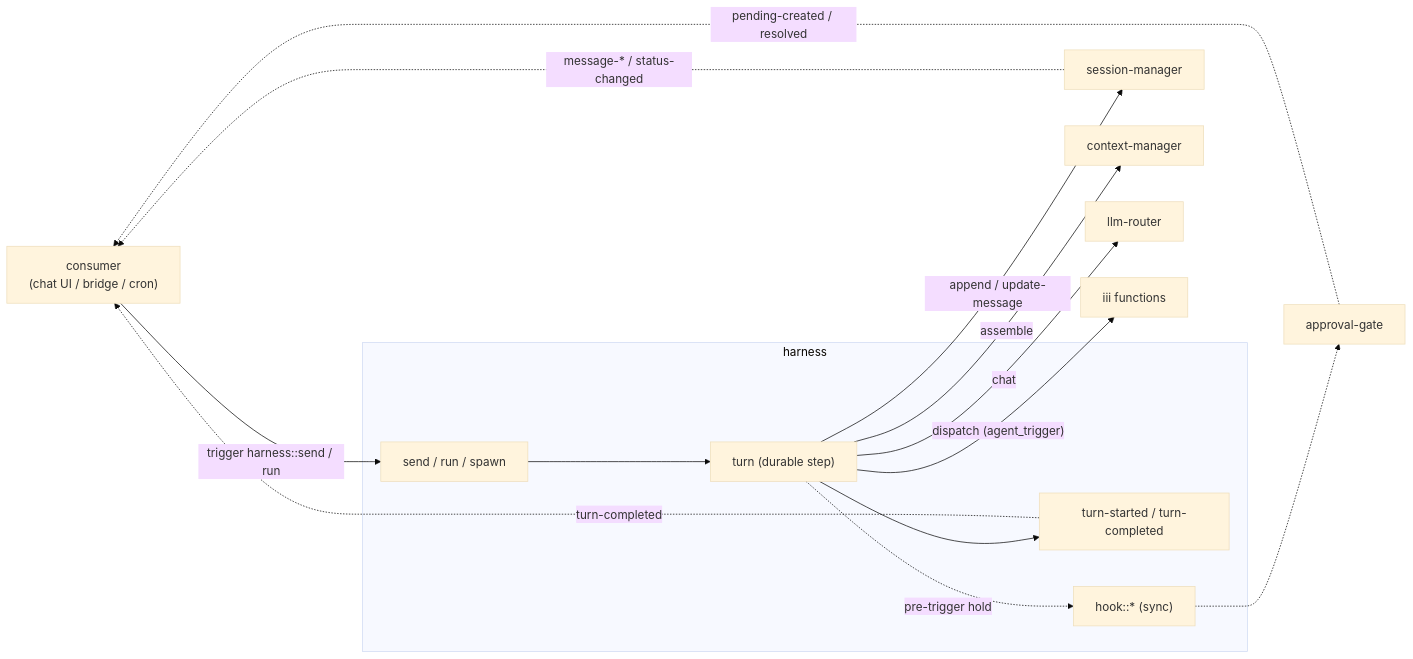
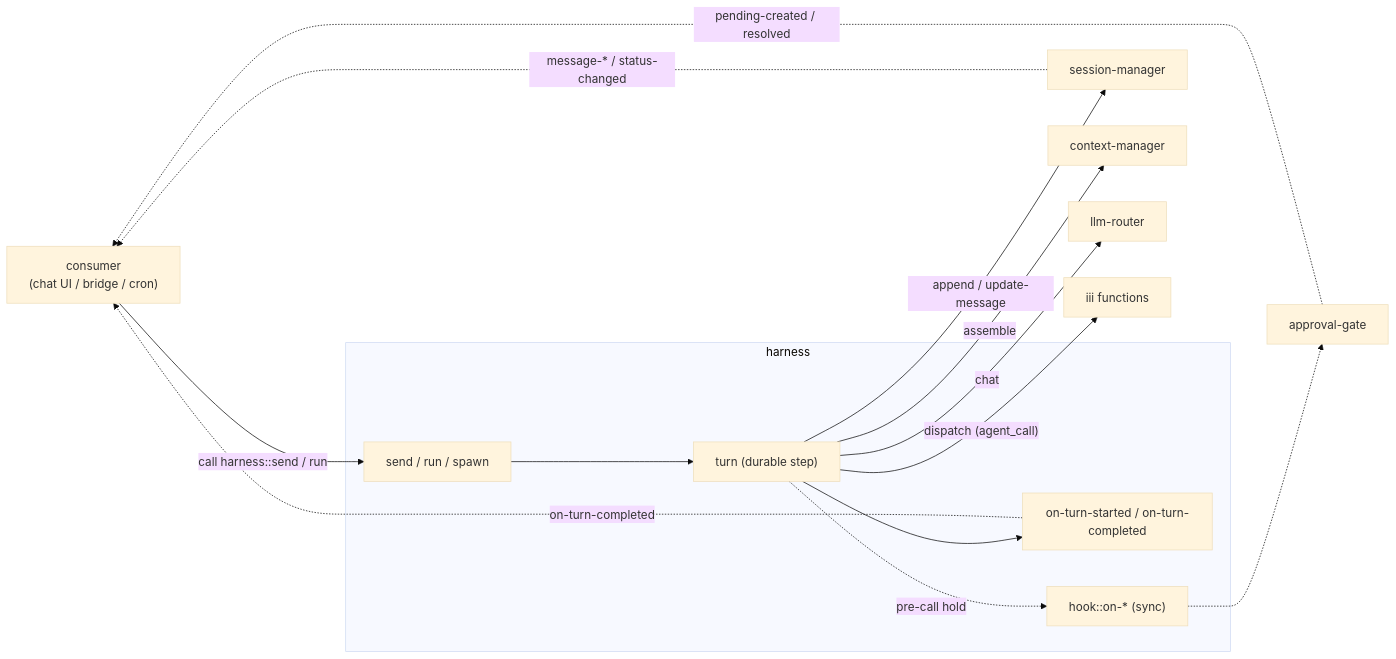
Before and after one commit to iii-hq/workers: the diagram in harness/architecture/README.md, drawn with Mermaid (base theme). The commit also changed other lines of this file and 21 other files, not shown here.

First line of the commit message:
harness(observe-v2): docs, skills, prompts and tooling use observers and call

````diff
--- a/harness/architecture/README.md
+++ b/harness/architecture/README.md
@@ -41,28 +41,28 @@
 ```mermaid
 flowchart LR
   consumer["consumer<br/>(chat UI / bridge / cron)"]
   subgraph harness [harness]
     entry["send / run / spawn"]
     loopStep["turn (durable step)"]
-    events["turn-started / turn-completed"]
-    hooks["hook::* (sync)"]
+    events["on-turn-started / on-turn-completed"]
+    hooks["hook::on-* (sync)"]
   end
   session["session-manager"]
   ctx["context-manager"]
   router["llm-router"]
   gate["approval-gate"]
   fns["iii functions"]
 
-  consumer -->|"trigger harness::send / run"| entry
+  consumer -->|"call harness::send / run"| entry
   entry --> loopStep
   loopStep -->|"append / update-message"| session
   loopStep -->|"assemble"| ctx
   loopStep -->|"chat"| router
-  loopStep -->|"dispatch (agent_trigger)"| fns
+  loopStep -->|"dispatch (agent_call)"| fns
   loopStep --> events
-  loopStep -.->|"pre-trigger hold"| hooks
+  loopStep -.->|"pre-call hold"| hooks
   hooks -.-> gate
   session -.->|"message-* / status-changed"| consumer
-  events -.->|"turn-completed"| consumer
+  events -.->|"on-turn-completed"| consumer
   gate -.->|"pending-created / resolved"| consumer
 ```
````
